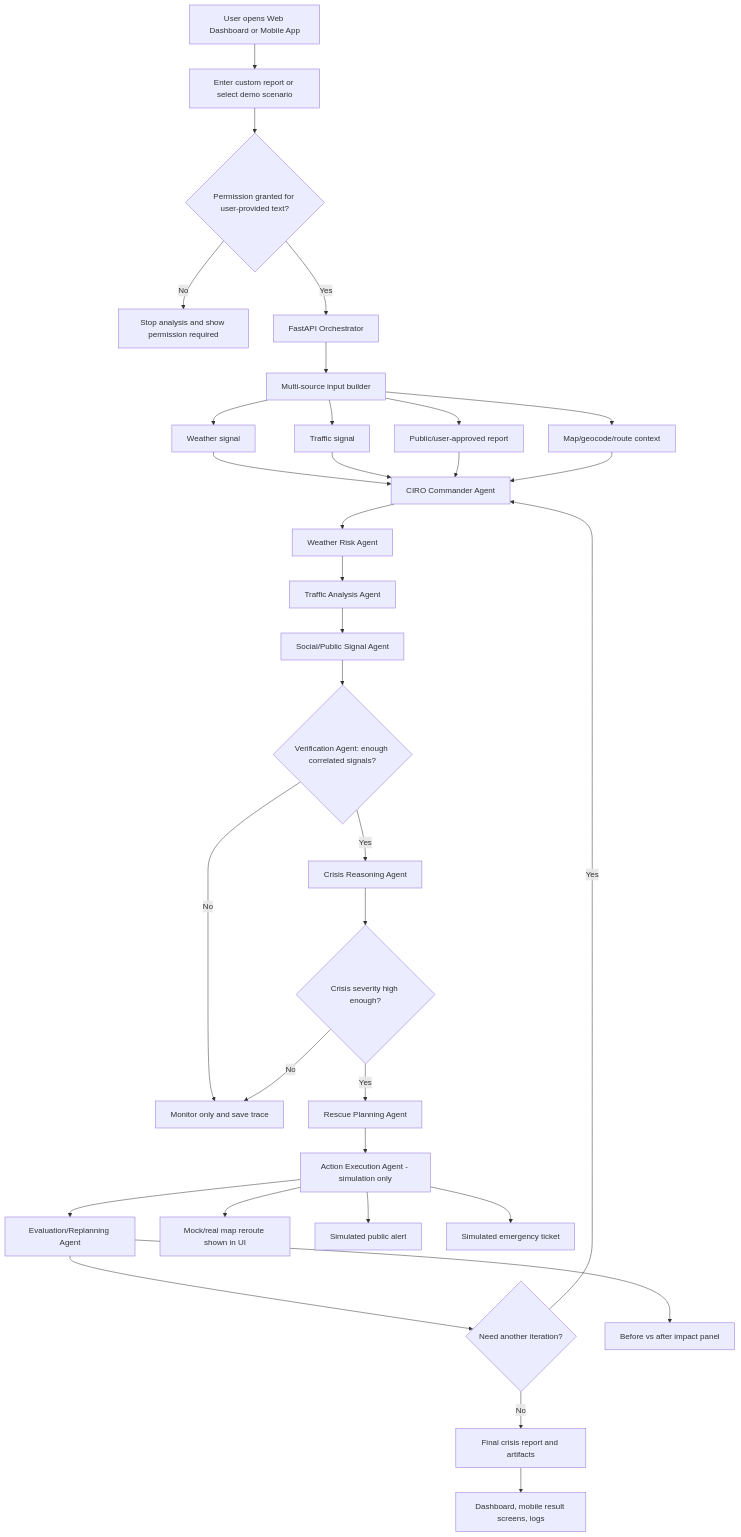
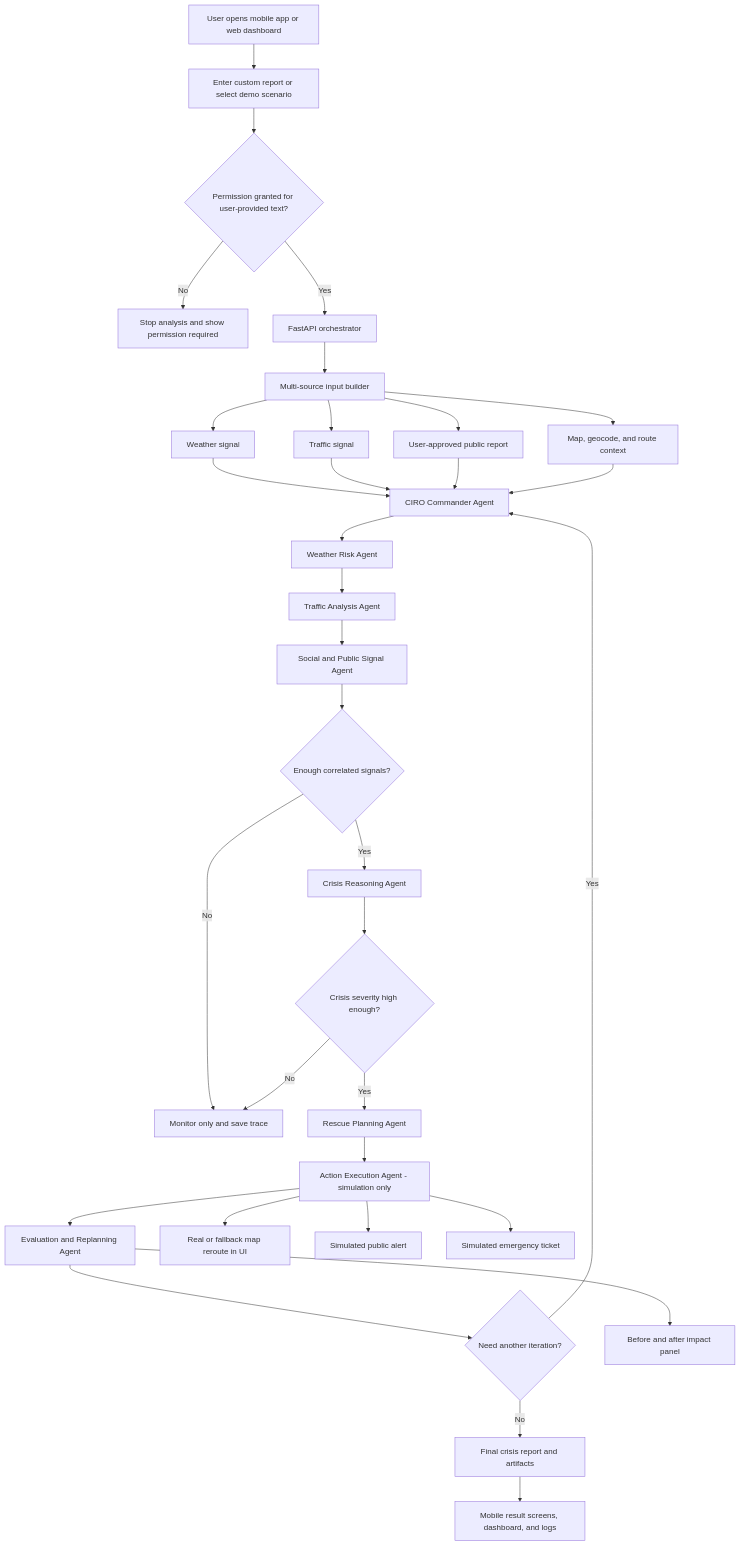
The diagram in README.md (Zahir-Ahmad9897/Google-AntiGravity-Hackthon2026), drawn with Mermaid before and after one commit. The commit also changed other lines of this file and 24 other files, not shown here.

Commit message:
Update map components, dashboard styling, and backend services

````diff
--- a/README.md
+++ b/README.md
@@ -93,42 +93,42 @@
 ```mermaid
 flowchart TD
-    A[User opens Web Dashboard or Mobile App] --> B[Enter custom report or select demo scenario]
-    B --> C{Permission granted for user-provided text?}
-    C -- No --> D[Stop analysis and show permission required]
-    C -- Yes --> E[FastAPI Orchestrator]
+    A["User opens mobile app or web dashboard"] --> B["Enter custom report or select demo scenario"]
+    B --> C{"Permission granted for user-provided text?"}
+    C -->|No| D["Stop analysis and show permission required"]
+    C -->|Yes| E["FastAPI orchestrator"]
 
-    E --> F[Multi-source input builder]
-    F --> G[Weather signal]
-    F --> H[Traffic signal]
-    F --> I[Public/user-approved report]
-    F --> J[Map/geocode/route context]
+    E --> F["Multi-source input builder"]
+    F --> G["Weather signal"]
+    F --> H["Traffic signal"]
+    F --> I["User-approved public report"]
+    F --> J["Map, geocode, and route context"]
 
-    G --> K[CIRO Commander Agent]
+    G --> K["CIRO Commander Agent"]
     H --> K
     I --> K
     J --> K
 
-    K --> L[Weather Risk Agent]
-    L --> M[Traffic Analysis Agent]
-    M --> N[Social/Public Signal Agent]
-    N --> O{Verification Agent: enough correlated signals?}
+    K --> L["Weather Risk Agent"]
+    L --> M["Traffic Analysis Agent"]
+    M --> N["Social and Public Signal Agent"]
+    N --> O{"Enough correlated signals?"}
 
-    O -- No --> P[Monitor only and save trace]
-    O -- Yes --> Q[Crisis Reasoning Agent]
-    Q --> R{Crisis severity high enough?}
+    O -->|No| P["Monitor only and save trace"]
+    O -->|Yes| Q["Crisis Reasoning Agent"]
+    Q --> R{"Crisis severity high enough?"}
 
-    R -- No --> P
-    R -- Yes --> S[Rescue Planning Agent]
-    S --> T[Action Execution Agent - simulation only]
-    T --> U[Evaluation/Replanning Agent]
+    R -->|No| P
+    R -->|Yes| S["Rescue Planning Agent"]
+    S --> T["Action Execution Agent - simulation only"]
+    T --> U["Evaluation and Replanning Agent"]
 
-    U --> V{Need another iteration?}
-    V -- Yes --> K
-    V -- No --> W[Final crisis report and artifacts]
+    U --> V{"Need another iteration?"}
+    V -->|Yes| K
+    V -->|No| W["Final crisis report and artifacts"]
 
-    T --> X[Mock/real map reroute shown in UI]
-    T --> Y[Simulated public alert]
-    T --> Z[Simulated emergency ticket]
-    U --> AA[Before vs after impact panel]
-    W --> AB[Dashboard, mobile result screens, logs]
+    T --> X["Real or fallback map reroute in UI"]
+    T --> Y["Simulated public alert"]
+    T --> Z["Simulated emergency ticket"]
+    U --> AA["Before and after impact panel"]
+    W --> AB["Mobile result screens, dashboard, and logs"]
 ```
````
